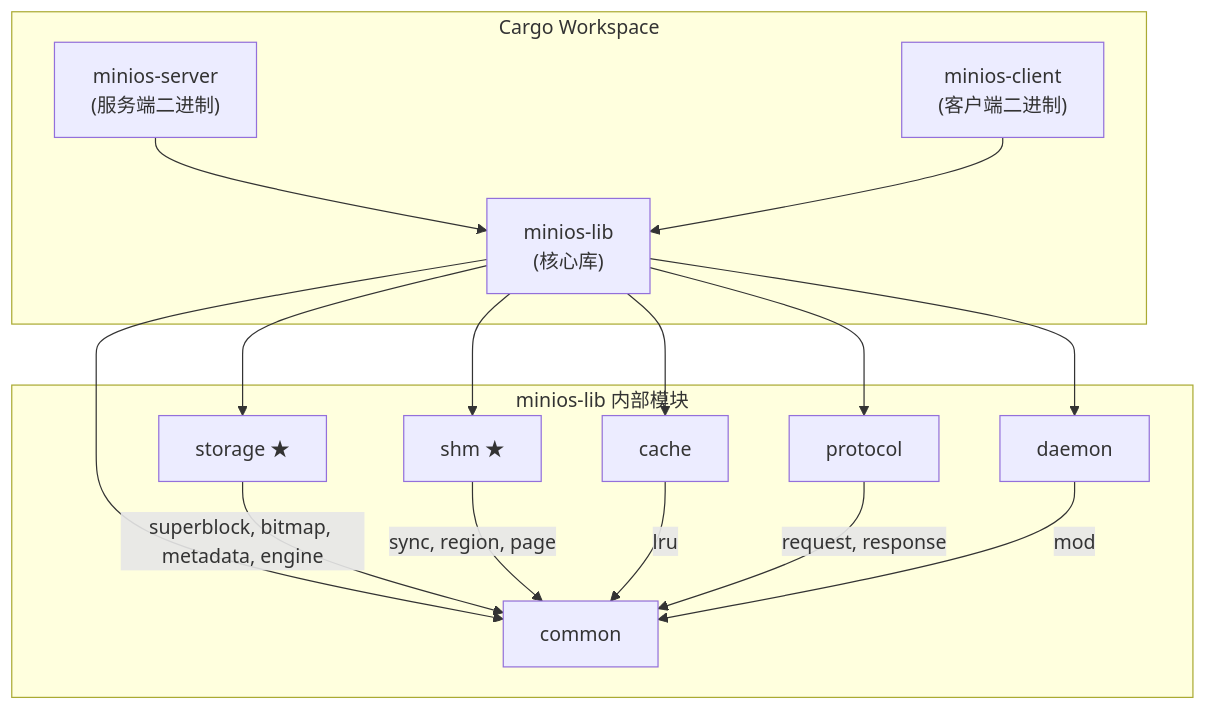
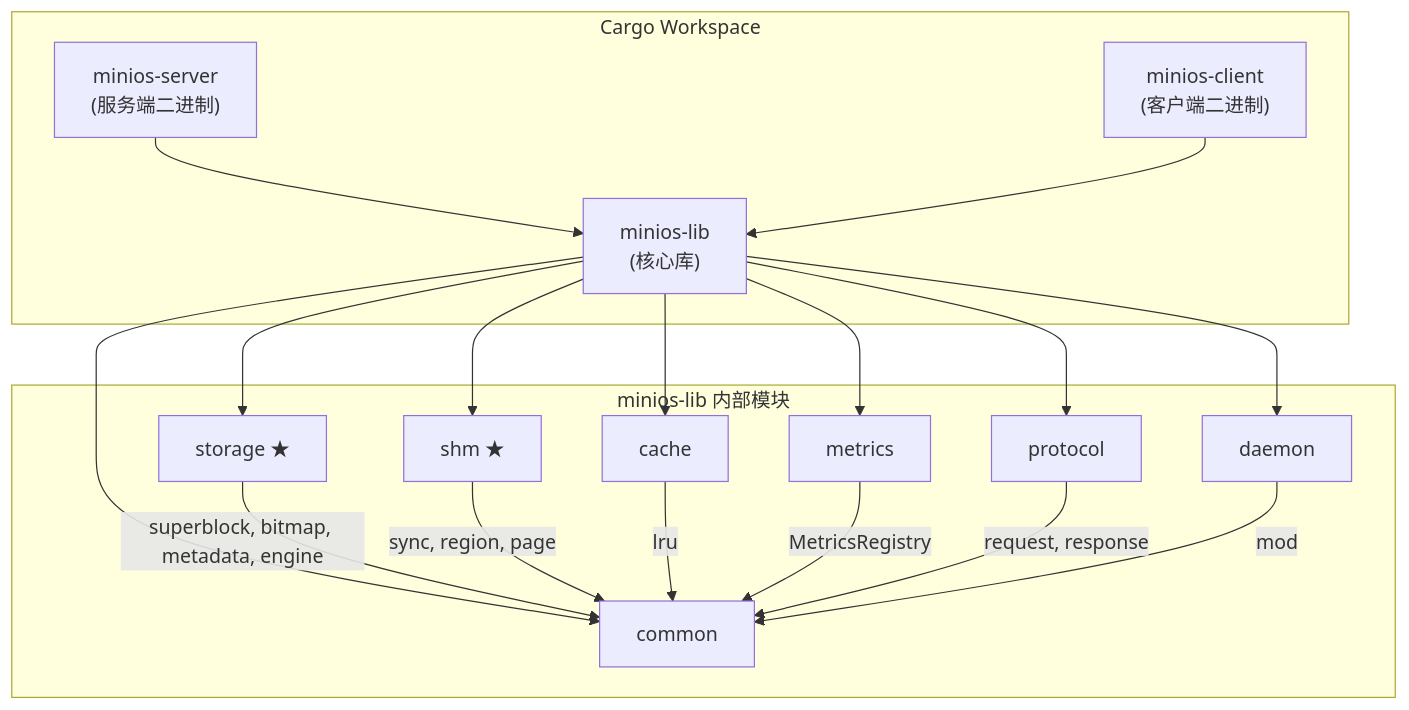
One commit to Faye-bit/MiniOS_CUG_SE_OS changed diagram 16 of 18 in design.md. Above: the diagram before and after it, drawn with Mermaid. The commit also changed other lines of this file and 4 other files, not shown here.

````diff
--- a/design.md
+++ b/design.md
@@ -731,33 +882,36 @@
 ```mermaid
 graph TD
     subgraph "Cargo Workspace"
         LIB["minios-lib<br/>(核心库)"]
         SERVER_BIN["minios-server<br/>(服务端二进制)"]
         CLIENT_BIN["minios-client<br/>(客户端二进制)"]
     end
 
     SERVER_BIN --> LIB
     CLIENT_BIN --> LIB
 
     subgraph "minios-lib 内部模块"
         COMMON_LIB["common"]
         STORAGE_LIB["storage ★"]
         SHM_LIB["shm ★"]
         CACHE_LIB["cache"]
+        METRICS_LIB["metrics"]
         PROTO_LIB["protocol"]
         DAEMON_LIB["daemon"]
     end
 
     LIB --> COMMON_LIB
     LIB --> STORAGE_LIB
     LIB --> SHM_LIB
     LIB --> CACHE_LIB
+    LIB --> METRICS_LIB
     LIB --> PROTO_LIB
     LIB --> DAEMON_LIB
 
     STORAGE_LIB -->|"superblock, bitmap, metadata, engine"| COMMON_LIB
     SHM_LIB -->|"sync, region, page"| COMMON_LIB
     CACHE_LIB -->|"lru"| COMMON_LIB
+    METRICS_LIB -->|"MetricsRegistry"| COMMON_LIB
     PROTO_LIB -->|"request, response"| COMMON_LIB
     DAEMON_LIB -->|"mod"| COMMON_LIB
 ```
````
